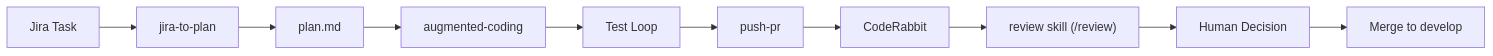
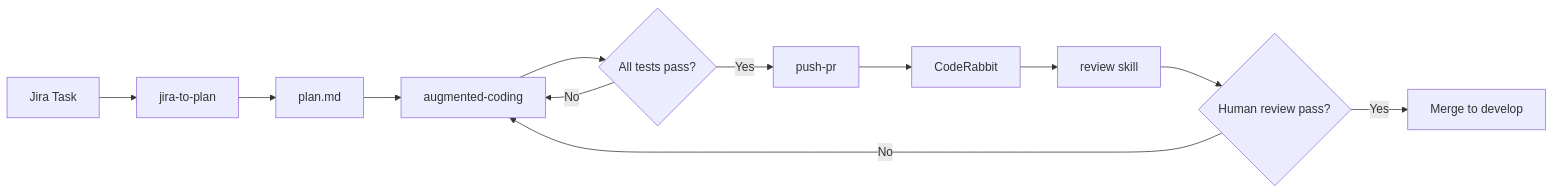
One commit to currenjin/currenjin.github.io changed the first of 2 diagrams in _wiki/augmented-coding.md. Above: the diagram before and after it, drawn with Mermaid. The commit also changed other lines of this file, not shown here.

Commit message:
Docs: Reorganize diagrams with test/review gates and role split

````diff
--- a/_wiki/augmented-coding.md
+++ b/_wiki/augmented-coding.md
@@ -59,12 +59,14 @@
 ```mermaid
 flowchart LR
-  A["Jira Task"] --> B["jira-to-plan"]
-  B --> C["plan.md"]
-  C --> D["augmented-coding"]
-  D --> E["Test Loop"]
-  E --> F["push-pr"]
-  F --> G["CodeRabbit"]
-  G --> H["review skill (/review)"]
-  H --> I["Human Decision"]
-  I --> J["Merge to develop"]
+  T["Jira Task"] --> P["jira-to-plan"]
+  P --> M["plan.md"]
+  M --> C["augmented-coding"]
+  C --> X{"All tests pass?"}
+  X -- "No" --> C
+  X -- "Yes" --> PR["push-pr"]
+  PR --> CR["CodeRabbit"]
+  CR --> RV["review skill"]
+  RV --> HD{"Human review pass?"}
+  HD -- "No" --> C
+  HD -- "Yes" --> MG["Merge to develop"]
 ```
````
